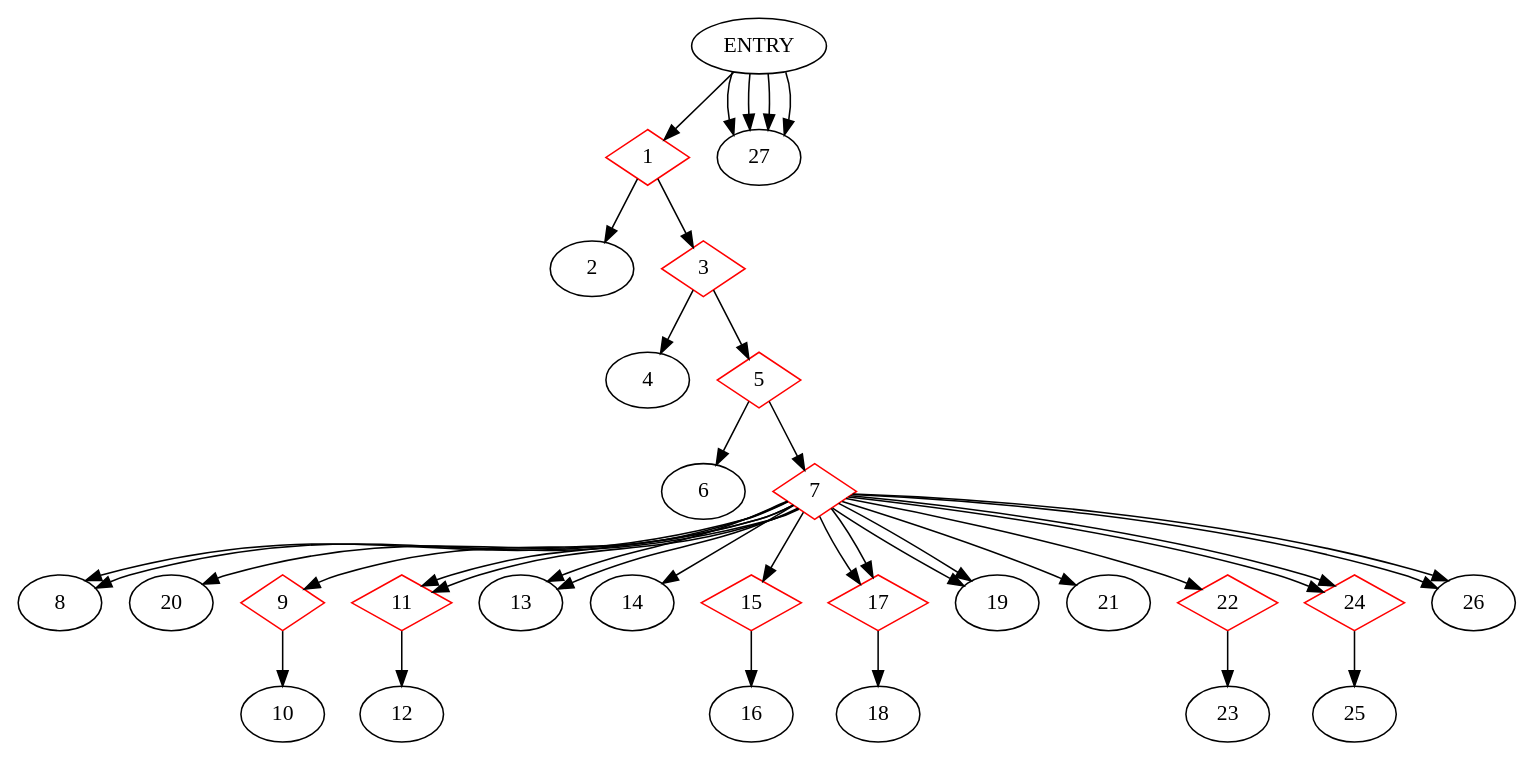
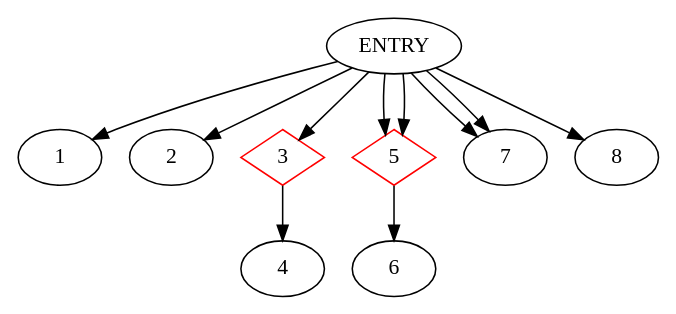
The diagram in Testgen/Testgen_Sonam/Testgen/CDG.dot (akshitij/TestgenRepo), drawn with Graphviz before and after one commit. The commit also changed 21 other files, not shown here.

```diff
--- a/Testgen/Testgen_Sonam/Testgen/CDG.dot
+++ b/Testgen/Testgen_Sonam/Testgen/CDG.dot
@@ -1,52 +1,15 @@
 digraph CDG {
-1 [shape=diamond, color=red]
 ENTRY -> 1
-1-> 2
+ENTRY -> 2
 3 [shape=diamond, color=red]
-1-> 3
-ENTRY -> 27
+ENTRY -> 3
 3-> 4
 5 [shape=diamond, color=red]
-3-> 5
-ENTRY -> 27
+ENTRY -> 5
+5 [shape=diamond, color=red]
+ENTRY -> 5
 5-> 6
-7 [shape=diamond, color=red]
-5-> 7
-7-> 8
-7-> 8
-7-> 20
-9 [shape=diamond, color=red]
-7-> 9
-9-> 10
-11 [shape=diamond, color=red]
-7-> 11
-11 [shape=diamond, color=red]
-7-> 11
-11-> 12
-7-> 13
-7-> 13
-7-> 14
-15 [shape=diamond, color=red]
-7-> 15
-15-> 16
-17 [shape=diamond, color=red]
-7-> 17
-17 [shape=diamond, color=red]
-7-> 17
-17-> 18
-7-> 19
-7-> 19
-ENTRY -> 27
-7-> 21
-22 [shape=diamond, color=red]
-7-> 22
-22-> 23
-24 [shape=diamond, color=red]
-7-> 24
-24 [shape=diamond, color=red]
-7-> 24
-24-> 25
-7-> 26
-7-> 26
-ENTRY -> 27
+ENTRY -> 7
+ENTRY -> 7
+ENTRY -> 8
 }
```
